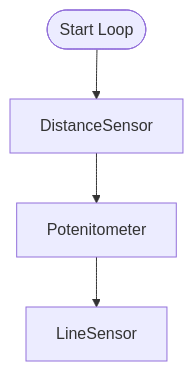
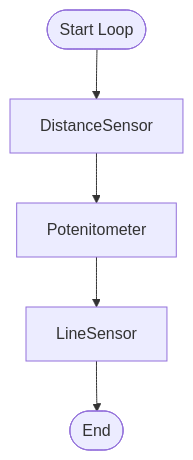
One commit to 0347846/ElectronicsBoard changed the fourth of 5 diagrams in logic.md. Above: the diagram before and after it, drawn with Mermaid. The commit also changed other lines of this file, not shown here.

Commit message:
Flow Chart Final

````diff
--- a/logic.md
+++ b/logic.md
@@ -32,9 +40,11 @@
 ``` mermaid
 flowchart TD
 terminalStart([Start Loop])
+terminalEnd([End])
 terminalStart([Start Loop])
 -->
 DistanceSensor
 --> Potenitometer
 --> LineSensor
+--> terminalEnd
 ```
````
